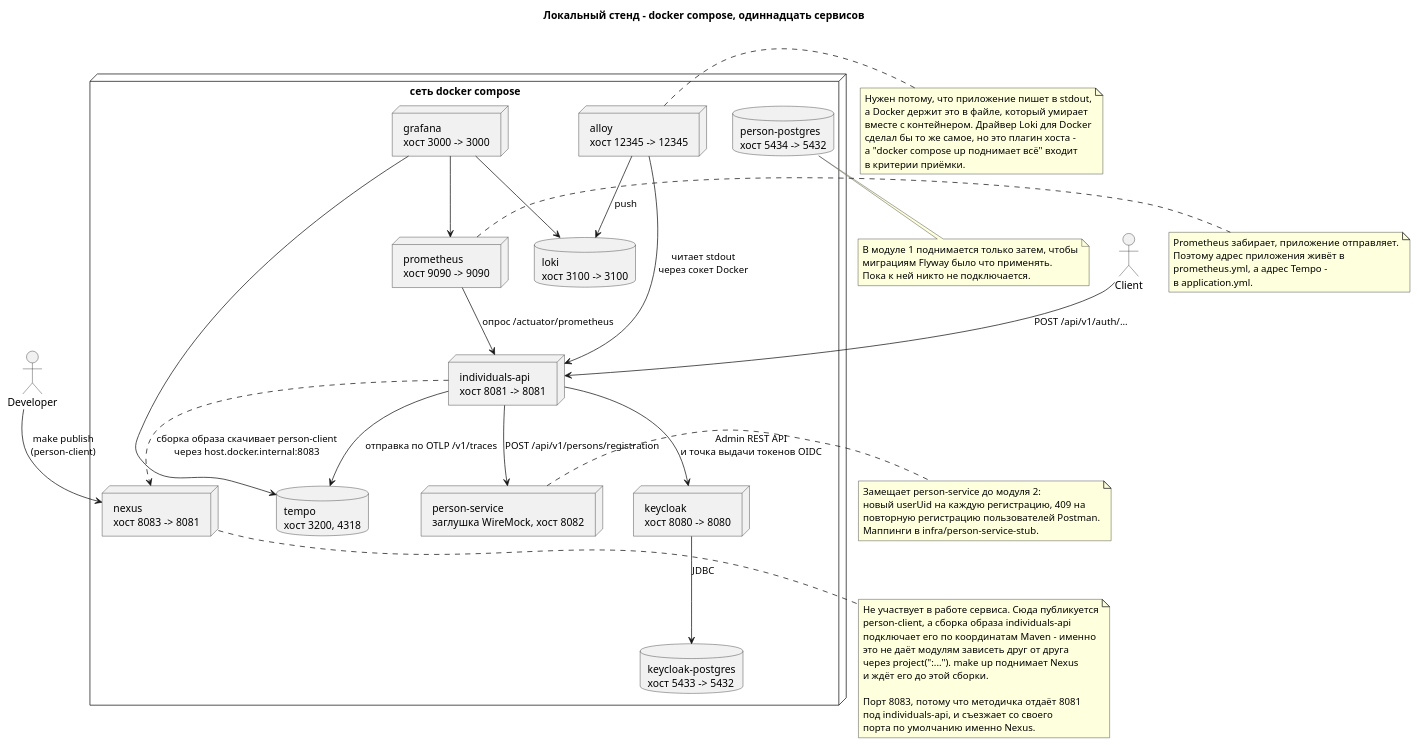
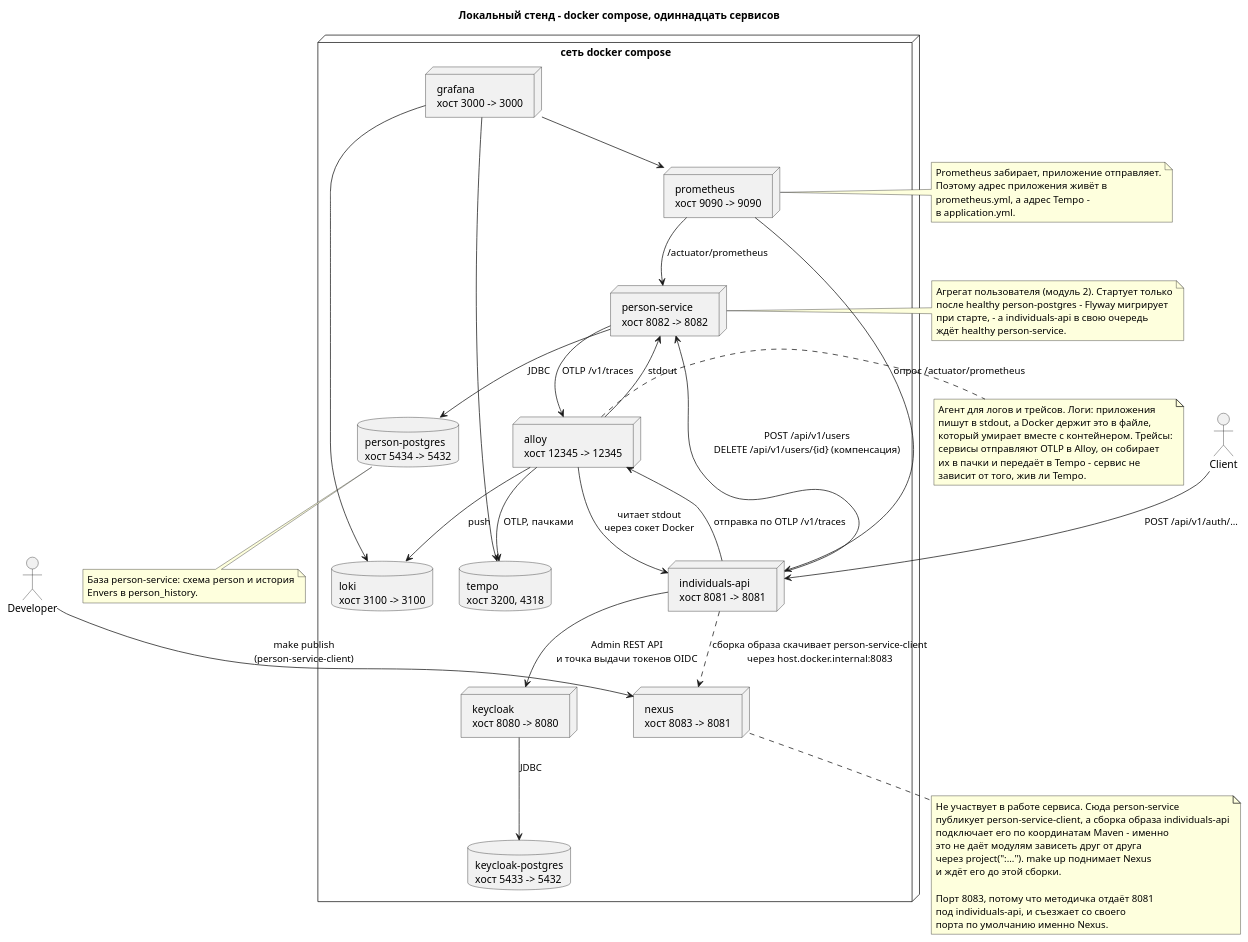
Before and after one commit to dezxxx/payment-platform: the diagram in docs/puml-ru/deployment.puml, drawn with PlantUML. The commit also changed 16 other files, not shown here.

Commit message:
docs: describe person-service, the client and compensation

```diff
--- a/docs/puml-ru/deployment.puml
+++ b/docs/puml-ru/deployment.puml
@@ -1,82 +1,86 @@
 @startuml deployment
 title Локальный стенд - docker compose, одиннадцать сервисов
 
 skinparam shadowing false
 
 actor Client
 actor Developer
 
 node "сеть docker compose" {
   node "individuals-api\nхост 8081 -> 8081" as API
   node "keycloak\nхост 8080 -> 8080" as KC
   database "keycloak-postgres\nхост 5433 -> 5432" as KCDB
   database "person-postgres\nхост 5434 -> 5432" as PSDB
   node "nexus\nхост 8083 -> 8081" as NEXUS
-  node "person-service\nзаглушка WireMock, хост 8082" as PS
+  node "person-service\nхост 8082 -> 8082" as PS
   node "prometheus\nхост 9090 -> 9090" as PROM
   node "alloy\nхост 12345 -> 12345" as ALLOY
   database "loki\nхост 3100 -> 3100" as LOKI
   database "tempo\nхост 3200, 4318" as TEMPO
   node "grafana\nхост 3000 -> 3000" as GRAF
 }
 
 Client --> API : POST /api/v1/auth/...
 API --> KC : Admin REST API\nи точка выдачи токенов OIDC
-API --> PS : POST /api/v1/persons/registration
+API --> PS : POST /api/v1/users\nDELETE /api/v1/users/{id} (компенсация)
+PS --> PSDB : JDBC
 KC --> KCDB : JDBC
 
 PROM --> API : опрос /actuator/prometheus
+PROM --> PS : /actuator/prometheus
 ALLOY --> API : читает stdout\nчерез сокет Docker
+ALLOY --> PS : stdout
 ALLOY --> LOKI : push
-API --> TEMPO : отправка по OTLP /v1/traces
+API --> ALLOY : отправка по OTLP /v1/traces
+PS --> ALLOY : OTLP /v1/traces
+ALLOY --> TEMPO : OTLP, пачками
 
 GRAF --> PROM
 GRAF --> LOKI
 GRAF --> TEMPO
 
-Developer --> NEXUS : make publish\n(person-client)
-API ..> NEXUS : сборка образа скачивает person-client\nчерез host.docker.internal:8083
+Developer --> NEXUS : make publish\n(person-service-client)
+API ..> NEXUS : сборка образа скачивает person-service-client\nчерез host.docker.internal:8083
 
 note right of PROM
   Prometheus забирает, приложение отправляет.
   Поэтому адрес приложения живёт в
   prometheus.yml, а адрес Tempo -
   в application.yml.
 end note
 
 note bottom of NEXUS
-  Не участвует в работе сервиса. Сюда публикуется
-  person-client, а сборка образа individuals-api
+  Не участвует в работе сервиса. Сюда person-service
+  публикует person-service-client, а сборка образа individuals-api
   подключает его по координатам Maven - именно
   это не даёт модулям зависеть друг от друга
   через project(":..."). make up поднимает Nexus
   и ждёт его до этой сборки.
 
   Порт 8083, потому что методичка отдаёт 8081
   под individuals-api, и съезжает со своего
   порта по умолчанию именно Nexus.
 end note
 
 note right of PS
-  Замещает person-service до модуля 2:
-  новый userUid на каждую регистрацию, 409 на
-  повторную регистрацию пользователей Postman.
-  Маппинги в infra/person-service-stub.
+  Агрегат пользователя (модуль 2). Стартует только
+  после healthy person-postgres - Flyway мигрирует
+  при старте, - а individuals-api в свою очередь
+  ждёт healthy person-service.
 end note
 
 note bottom of PSDB
-  В модуле 1 поднимается только затем, чтобы
-  миграциям Flyway было что применять.
-  Пока к ней никто не подключается.
+  База person-service: схема person и история
+  Envers в person_history.
 end note
 
 note right of ALLOY
-  Нужен потому, что приложение пишет в stdout,
-  а Docker держит это в файле, который умирает
-  вместе с контейнером. Драйвер Loki для Docker
-  сделал бы то же самое, но это плагин хоста -
-  а "docker compose up поднимает всё" входит
-  в критерии приёмки.
+  Агент для логов и трейсов. Логи: приложения
+  пишут в stdout, а Docker держит это в файле,
+  который умирает вместе с контейнером. Трейсы:
+  сервисы отправляют OTLP в Alloy, он собирает
+  их в пачки и передаёт в Tempo - сервис не
+  зависит от того, жив ли Tempo.
 end note
 
 @enduml
```
